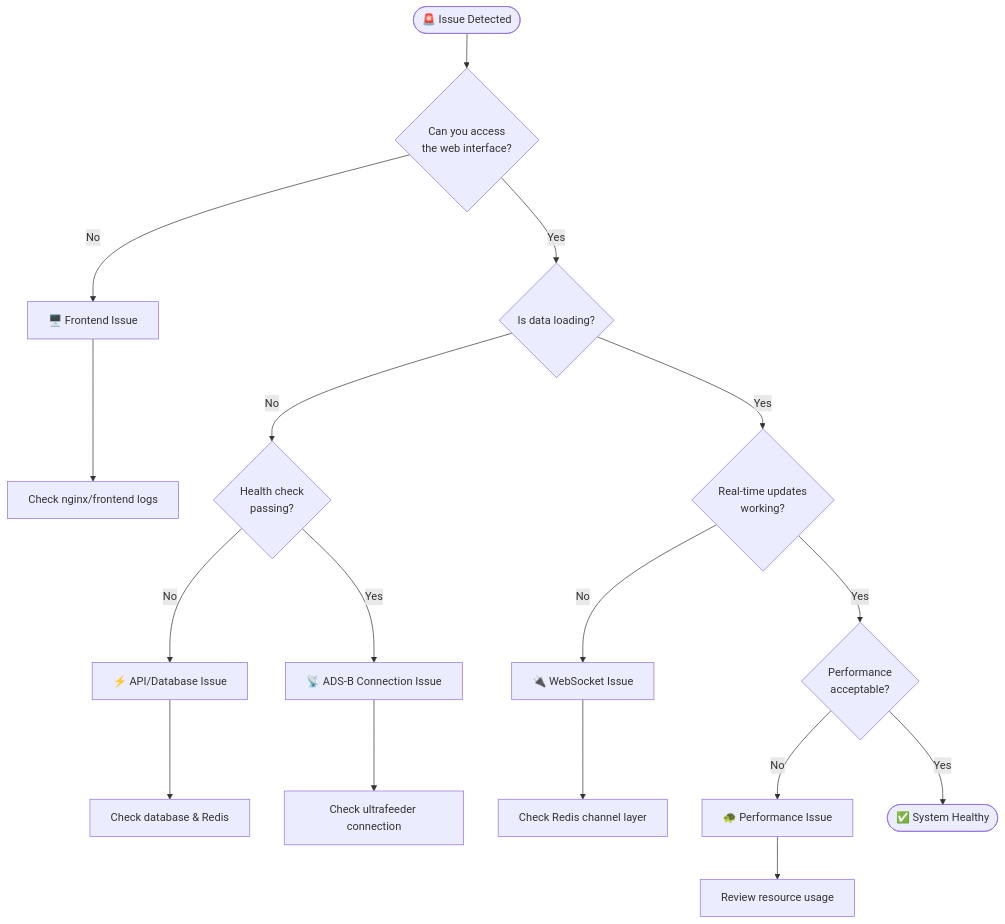
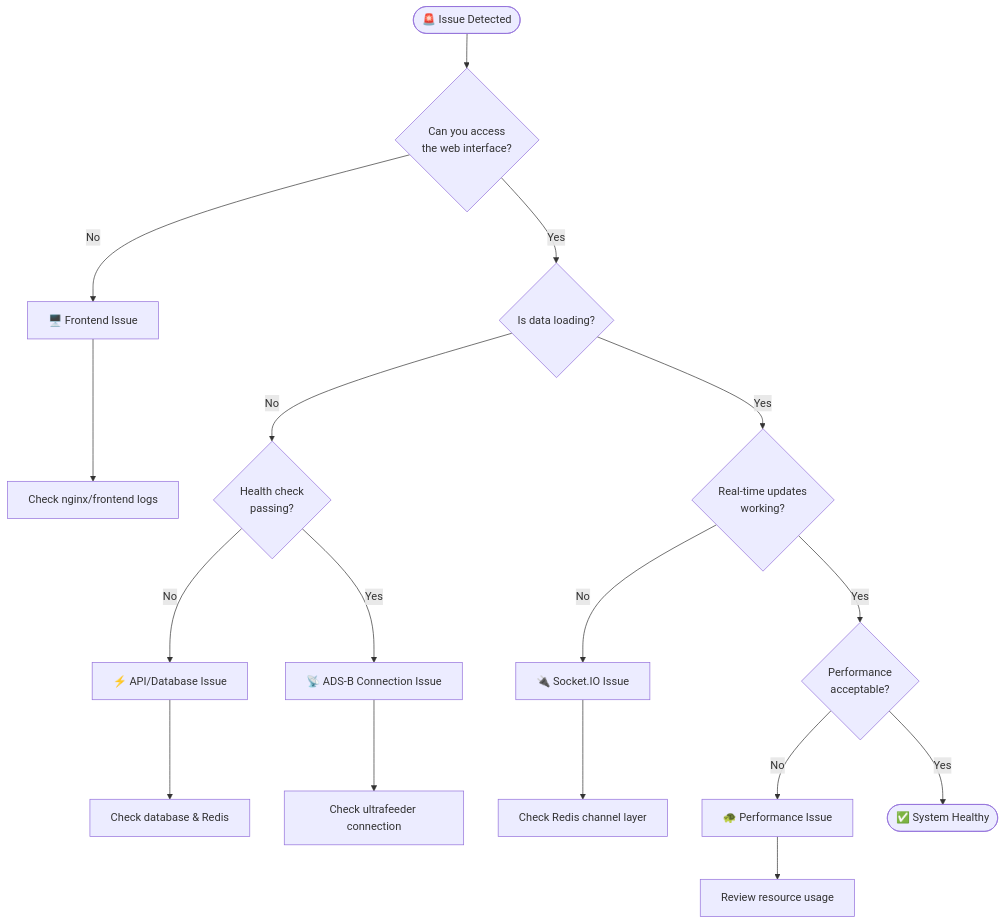
Before and after one commit to CHA0S-CORP/SkySpy: the second of 4 diagrams in docs/16-troubleshooting.md, drawn with Mermaid. The commit also changed other lines of this file and 18 other files, not shown here.

````diff
--- a/docs/16-troubleshooting.md
+++ b/docs/16-troubleshooting.md
@@ -95,25 +95,25 @@
 ```mermaid
 flowchart TD
     START([🚨 Issue Detected]) --> Q1{Can you access<br/>the web interface?}
 
     Q1 -->|No| WEB_ISSUE[🖥️ Frontend Issue]
     Q1 -->|Yes| Q2{Is data loading?}
 
     Q2 -->|No| Q3{Health check<br/>passing?}
     Q2 -->|Yes| Q4{Real-time updates<br/>working?}
 
     Q3 -->|No| API_ISSUE[⚡ API/Database Issue]
     Q3 -->|Yes| DATA_ISSUE[📡 ADS-B Connection Issue]
 
-    Q4 -->|No| WS_ISSUE[🔌 WebSocket Issue]
+    Q4 -->|No| WS_ISSUE[🔌 Socket.IO Issue]
     Q4 -->|Yes| Q5{Performance<br/>acceptable?}
 
     Q5 -->|No| PERF_ISSUE[🐢 Performance Issue]
     Q5 -->|Yes| SUCCESS([✅ System Healthy])
 
     WEB_ISSUE --> WEB_FIX["Check nginx/frontend logs"]
     API_ISSUE --> API_FIX["Check database & Redis"]
     DATA_ISSUE --> DATA_FIX["Check ultrafeeder connection"]
     WS_ISSUE --> WS_FIX["Check Redis channel layer"]
     PERF_ISSUE --> PERF_FIX["Review resource usage"]
 ```
````
